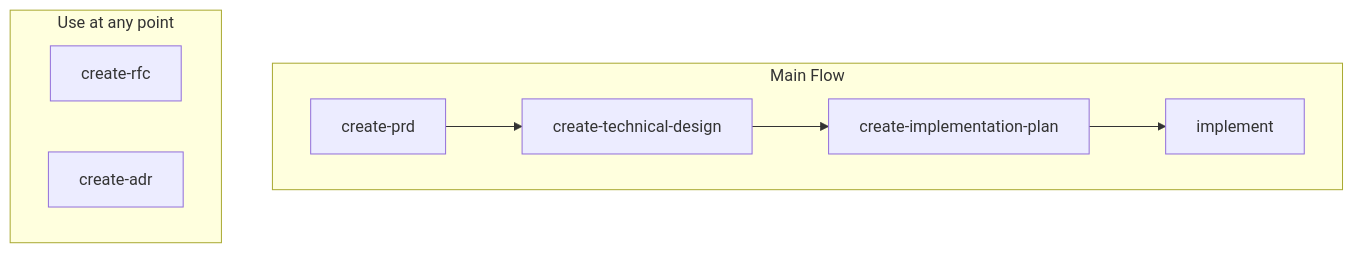
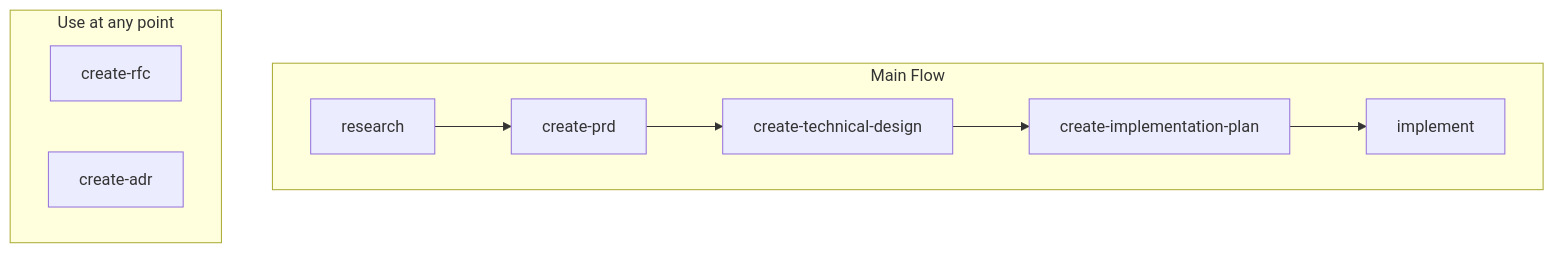
Before and after one commit to emiliosheinz/skills: the first of 2 diagrams in README.md, drawn with Mermaid. The commit also changed other lines of this file and 4 other files, not shown here.

````diff
--- a/README.md
+++ b/README.md
@@ -49,13 +50,13 @@
 ```mermaid
 flowchart TB
     subgraph main["Main Flow"]
         direction LR
-        PRD["create-prd"] --> TD["create-technical-design"] --> IP["create-implementation-plan"] --> IMP["implement"]
+        RES["research"] --> PRD["create-prd"] --> TD["create-technical-design"] --> IP["create-implementation-plan"] --> IMP["implement"]
     end
 
     subgraph lateral["Use at any point"]
         direction LR
         RFC["create-rfc"]
         ADR["create-adr"]
     end
 ```
````
